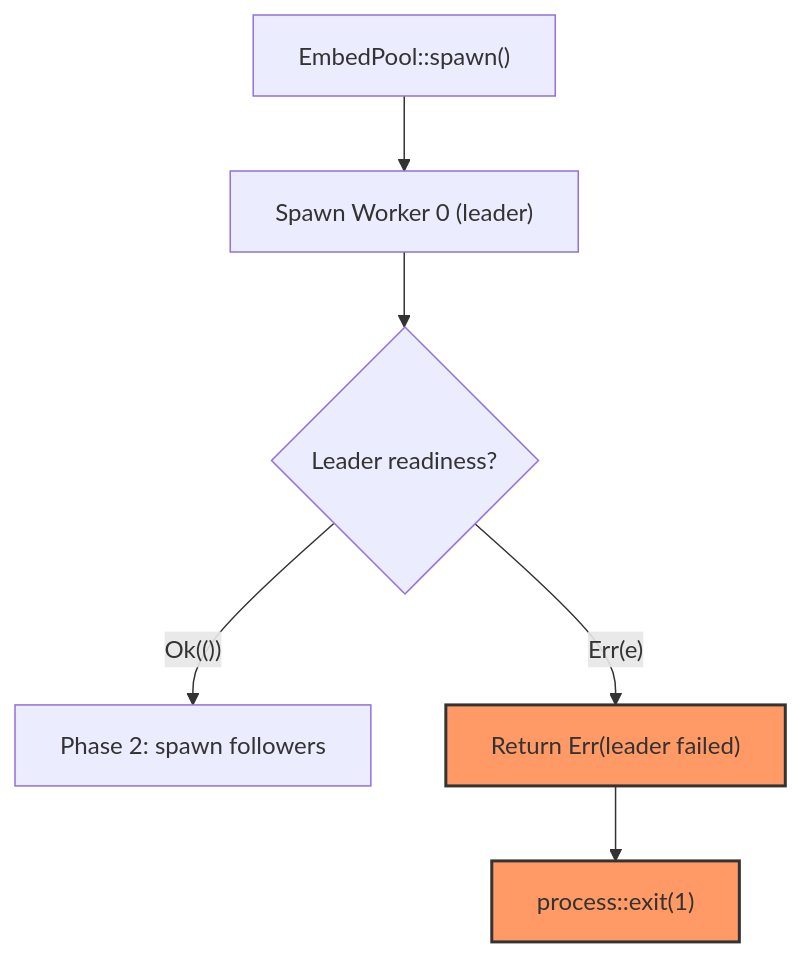
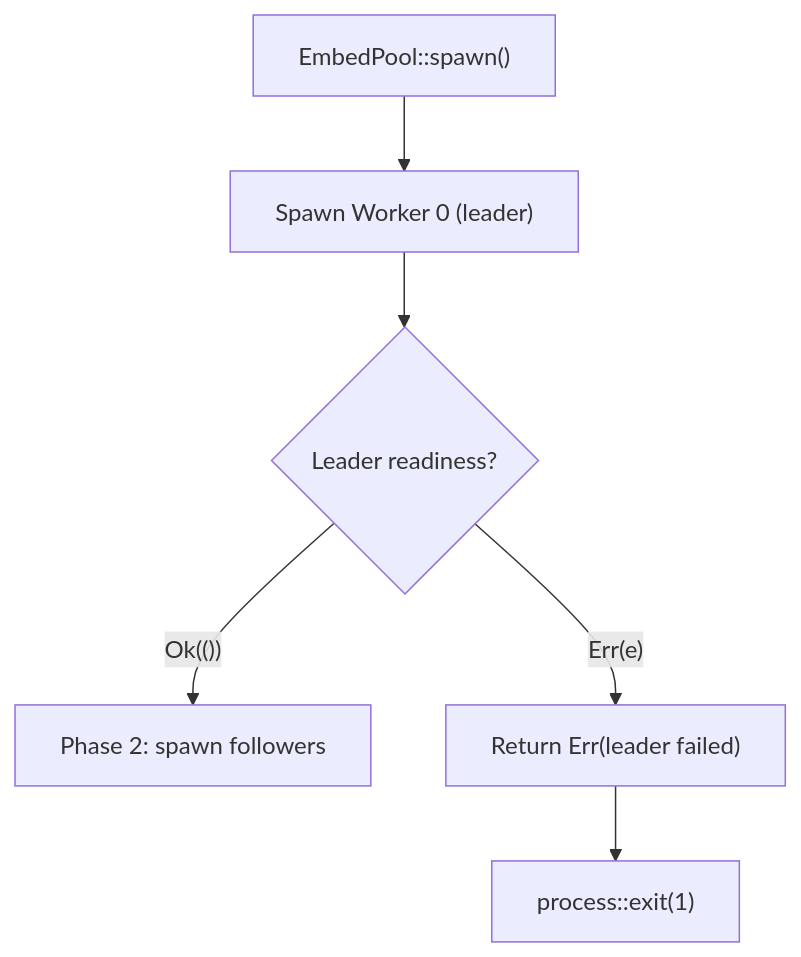
One commit to Fulton-Engineering-Services/bge-m3-embedding-server changed the fourth of 4 diagrams in docs/cold-start.md. Above: the diagram before and after it, drawn with Mermaid. The commit also changed other lines of this file and 117 other files, not shown here.

````diff
--- a/docs/cold-start.md
+++ b/docs/cold-start.md
@@ -147,18 +147,15 @@
 ```mermaid
 graph TD
     Start["EmbedPool::spawn()"]
     SpawnLeader["Spawn Worker 0 (leader)"]
     LeaderResult{"Leader readiness?"}
     LeaderOk["Phase 2: spawn followers"]
     LeaderFail["Return Err(leader failed)"]
     ProcessExit["process::exit(1)"]
 
     Start --> SpawnLeader
     SpawnLeader --> LeaderResult
     LeaderResult -->|"Ok(())"| LeaderOk
     LeaderResult -->|"Err(e)"| LeaderFail
     LeaderFail --> ProcessExit
-
-    classDef errorNode fill:#f96,stroke:#333,stroke-width:2px
-    class LeaderFail,ProcessExit errorNode
 ```
````
